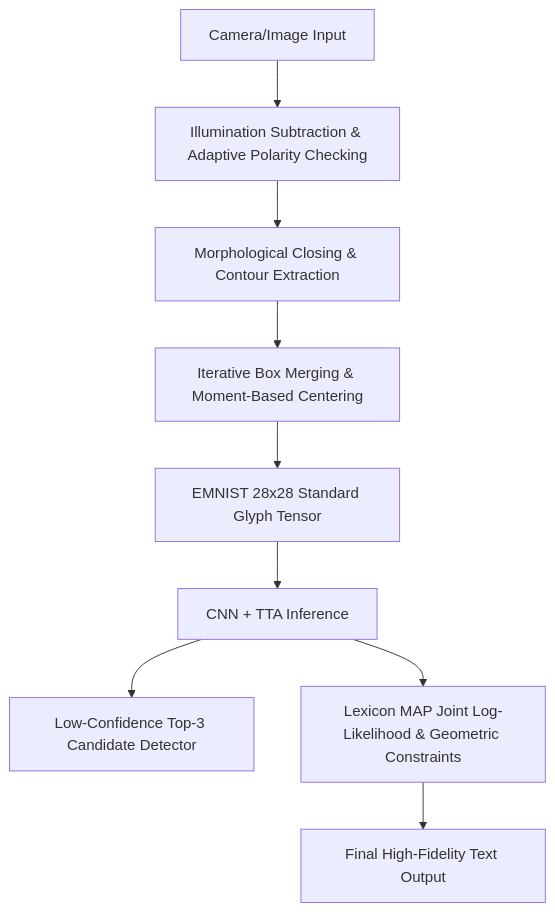
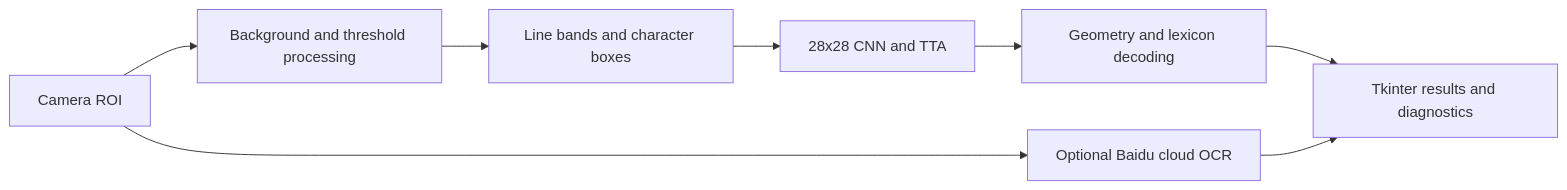
One commit to DongFengPo1412/Multi-class-Handwritten-Character-Recognition-System-Based-on-CNN changed the diagram in README_EN.md. Above: the diagram before and after it, drawn with Mermaid. The commit also changed other lines of this file and 8 other files, not shown here.

````diff
--- a/README_EN.md
+++ b/README_EN.md
@@ -51,11 +13,10 @@
 ```mermaid
-graph TD
-    A[Camera/Image Input] --> B[Illumination Subtraction & Adaptive Polarity Checking]
-    B --> C[Morphological Closing & Contour Extraction]
-    C --> D[Iterative Box Merging & Moment-Based Centering]
-    D --> E[EMNIST 28x28 Standard Glyph Tensor]
-    E --> F[CNN + TTA Inference]
-    F --> G[Low-Confidence Top-3 Candidate Detector]
-    F --> H[Lexicon MAP Joint Log-Likelihood & Geometric Constraints]
-    H --> I[Final High-Fidelity Text Output]
+flowchart LR
+    Camera[Camera ROI] --> Pre[Background and threshold processing]
+    Pre --> Boxes[Line bands and character boxes]
+    Boxes --> CNN[28x28 CNN and TTA]
+    CNN --> Decode[Geometry and lexicon decoding]
+    Decode --> UI[Tkinter results and diagnostics]
+    Camera --> Cloud[Optional Baidu cloud OCR]
+    Cloud --> UI
 ```
````
